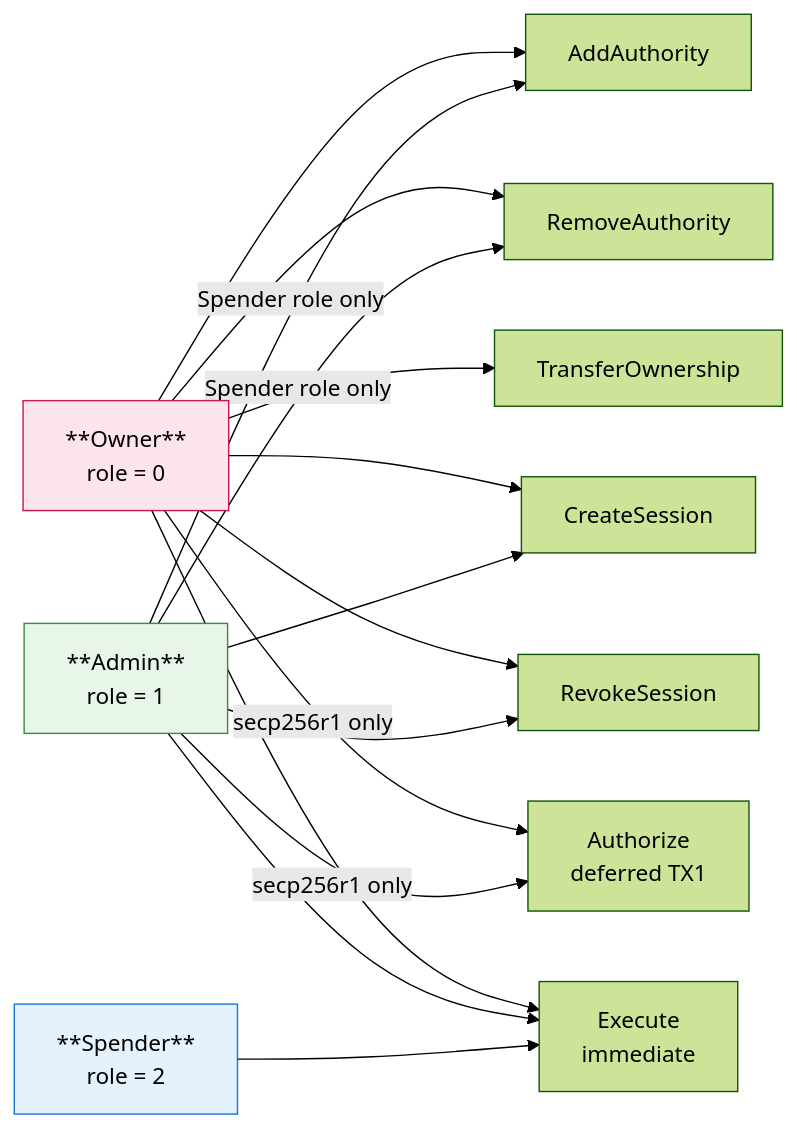
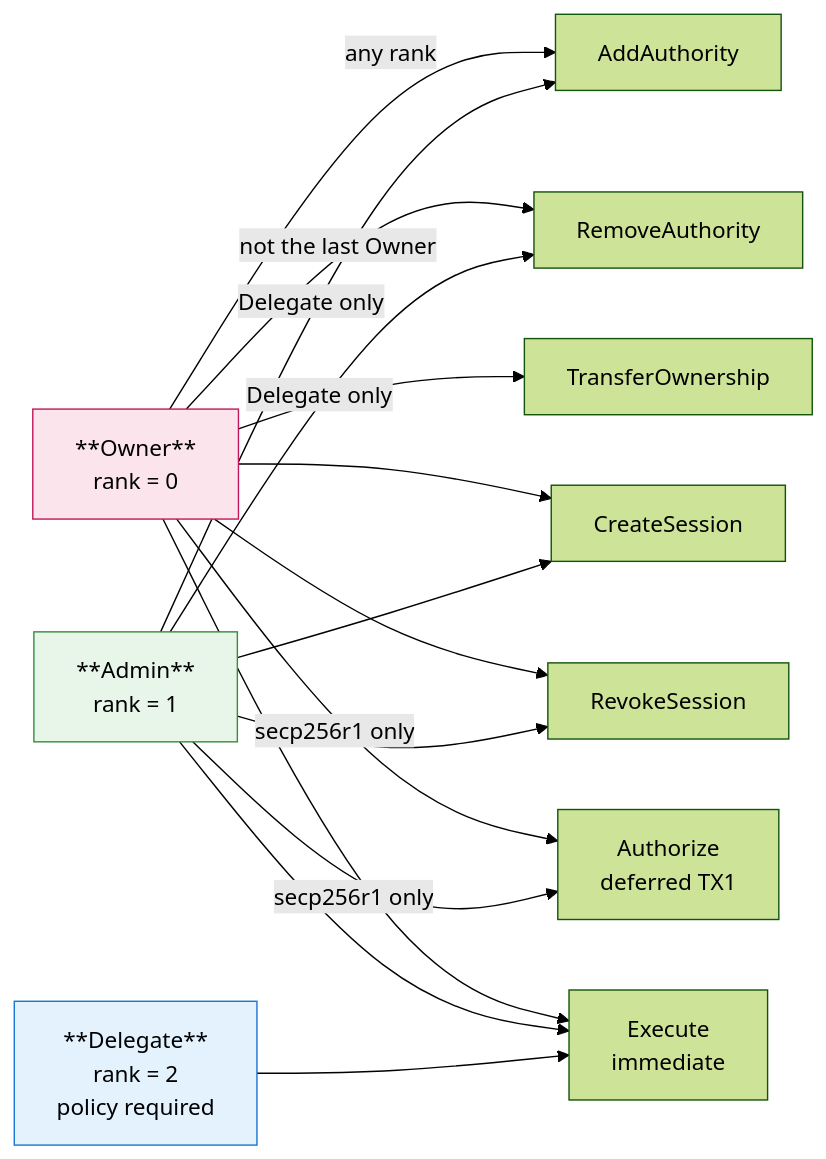
One commit to lazor-kit/lazorkit-protocol changed the fourth of 6 diagrams in docs/Architecture.md. Above: the diagram before and after it, drawn with Mermaid (forest theme). The commit also changed other lines of this file and 238 other files, not shown here.

````diff
--- a/docs/Architecture.md
+++ b/docs/Architecture.md
@@ -338,38 +408,38 @@
 ```mermaid
 flowchart LR
-    Owner["**Owner**<br/>role = 0"]
-    Admin["**Admin**<br/>role = 1"]
-    Spender["**Spender**<br/>role = 2"]
+    Owner["**Owner**<br/>rank = 0"]
+    Admin["**Admin**<br/>rank = 1"]
+    Delegate["**Delegate**<br/>rank = 2<br/>policy required"]
 
     Add[AddAuthority]
     Remove[RemoveAuthority]
     Transfer[TransferOwnership]
     CreateS[CreateSession]
     RevokeS[RevokeSession]
     Authorize[Authorize<br/>deferred TX1]
     Exec[Execute<br/>immediate]
 
-    Owner --> Add
-    Owner --> Remove
+    Owner -->|any rank| Add
+    Owner -->|not the last Owner| Remove
     Owner --> Transfer
     Owner --> CreateS
     Owner --> RevokeS
     Owner -->|secp256r1 only| Authorize
     Owner --> Exec
 
-    Admin -->|Spender role only| Add
-    Admin -->|Spender role only| Remove
+    Admin -->|Delegate only| Add
+    Admin -->|Delegate only| Remove
     Admin --> CreateS
     Admin --> RevokeS
     Admin -->|secp256r1 only| Authorize
     Admin --> Exec
 
-    Spender --> Exec
+    Delegate --> Exec
 
     classDef owner fill:#fce4ec,stroke:#c2185b,color:#000
     classDef admin fill:#e8f5e9,stroke:#388e3c,color:#000
-    classDef spender fill:#e3f2fd,stroke:#1976d2,color:#000
+    classDef delegate fill:#e3f2fd,stroke:#1976d2,color:#000
     class Owner owner
     class Admin admin
-    class Spender spender
+    class Delegate delegate
 ```
````
